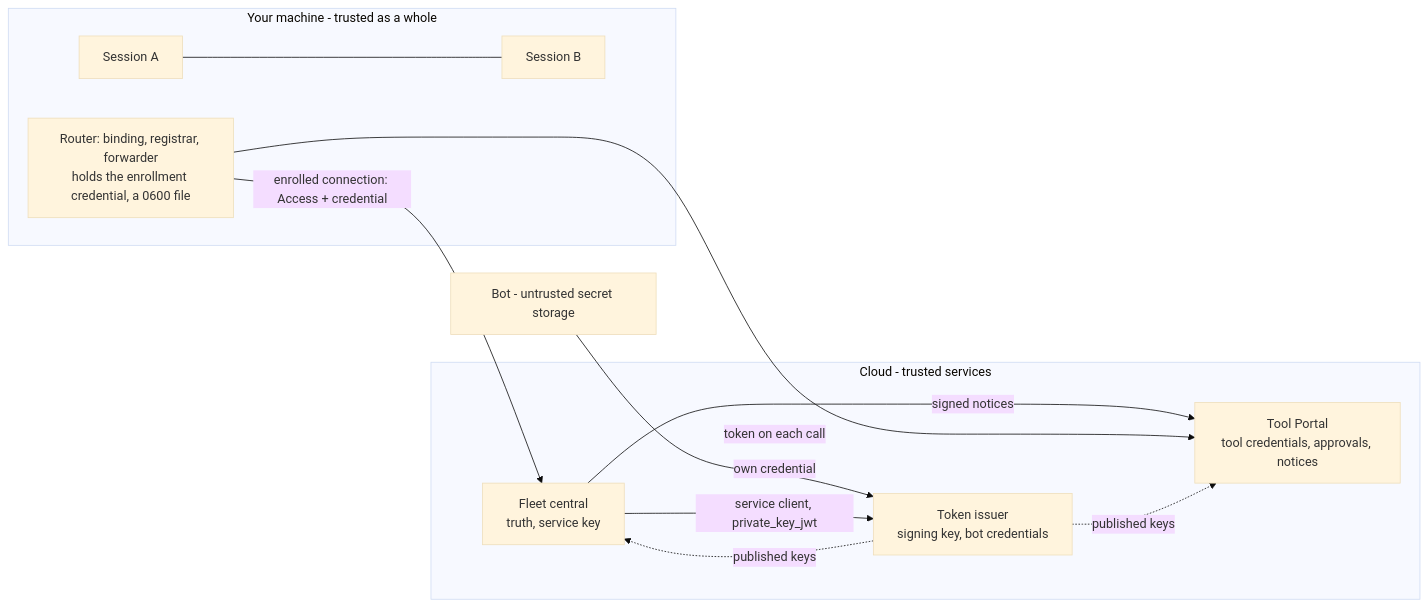
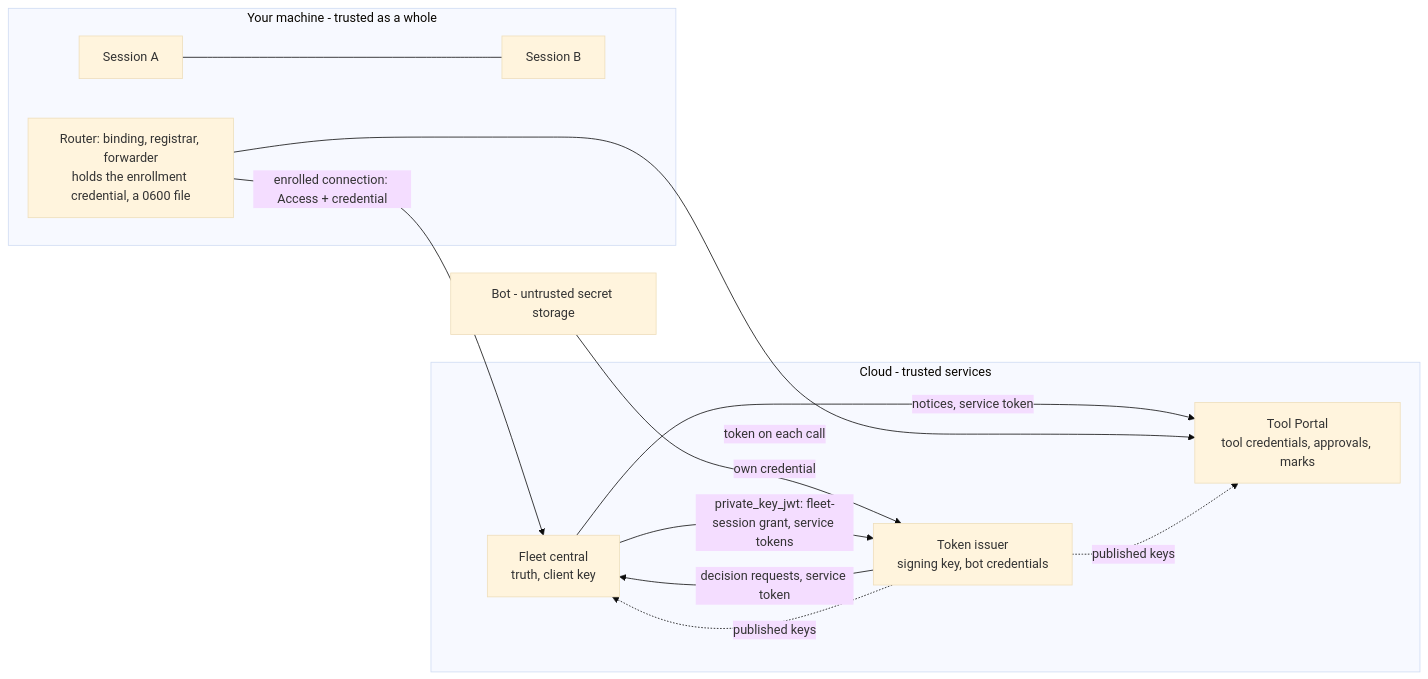
The seventh of 7 diagrams in docs/specs/2026-10-24-agent-identity/program-design.md (ShravanSunder/agent-vm), drawn with Mermaid (base theme) before and after one commit. The commit also changed other lines of this file and 6 other files, not shown here.

````diff
--- a/docs/specs/2026-10-24-agent-identity/program-design.md
+++ b/docs/specs/2026-10-24-agent-identity/program-design.md
@@ -432,19 +559,20 @@
 ```mermaid
 flowchart LR
   subgraph M[Your machine - trusted as a whole]
     H1[Session A] --- H2[Session B]
     RT[Router: binding, registrar, forwarder<br/>holds the enrollment credential, a 0600 file]
   end
   subgraph CL[Cloud - trusted services]
-    C[Fleet central<br/>truth, service key]
+    C[Fleet central<br/>truth, client key]
     I[Token issuer<br/>signing key, bot credentials]
-    T[Tool Portal<br/>tool credentials, approvals, notices]
+    T[Tool Portal<br/>tool credentials, approvals, marks]
   end
   BOT[Bot - untrusted secret storage] -->|own credential| I
   RT -->|enrolled connection: Access + credential| C
-  C -->|service client, private_key_jwt| I
-  C -->|signed notices| T
+  C -->|private_key_jwt: fleet-session grant, service tokens| I
+  C -->|notices, service token| T
+  I -->|decision requests, service token| C
   RT -->|token on each call| T
   I -.->|published keys| T
   I -.->|published keys| C
 ```
````
